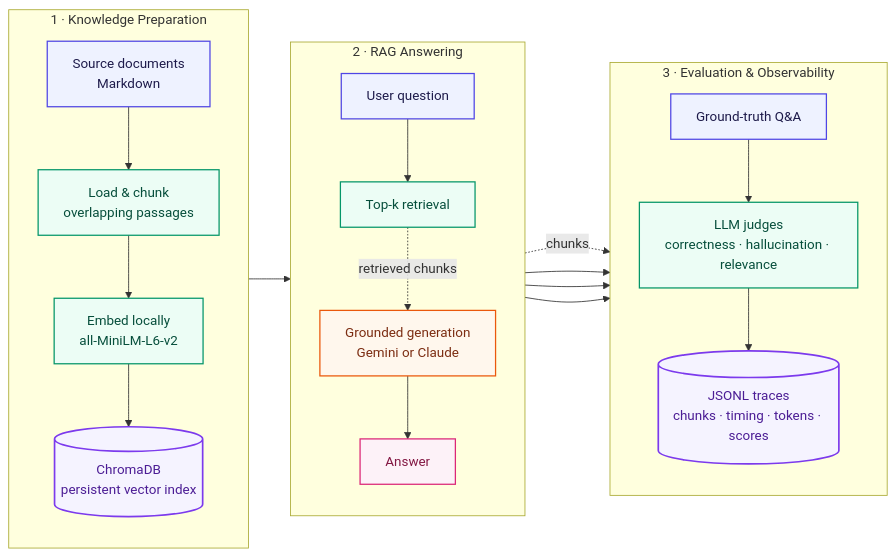
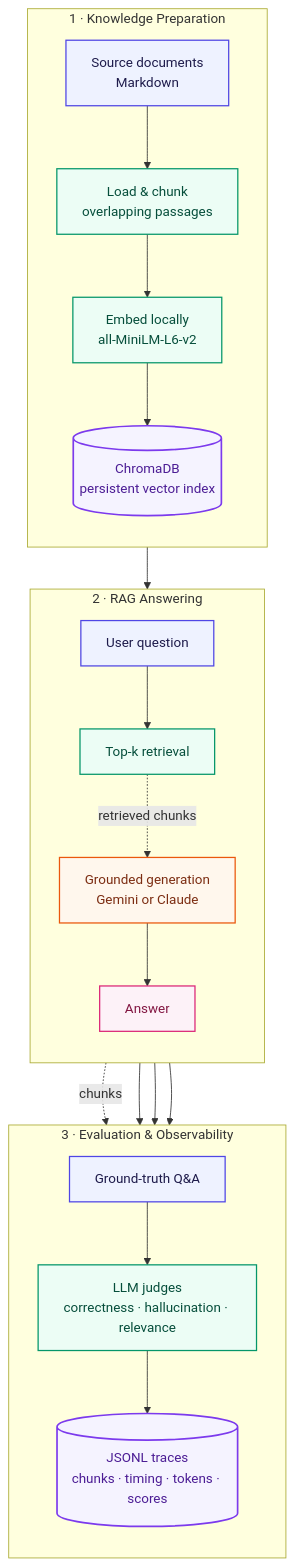
One commit to SigmaChen/rag-agent-eval changed the diagram in README.md. Above: the diagram before and after it, drawn with Mermaid.

Commit message:
docs: restore vertical architecture diagram

````diff
--- a/README.md
+++ b/README.md
@@ -17,51 +17,51 @@
 ```mermaid
-flowchart LR
+flowchart TD
     subgraph PREP["1 · Knowledge Preparation"]
         direction TB
         DOCS["Source documents<br/>Markdown"]
         CHUNK["Load & chunk<br/>overlapping passages"]
         EMBED["Embed locally<br/>all-MiniLM-L6-v2"]
         VDB[("ChromaDB<br/>persistent vector index")]
 
         DOCS --> CHUNK --> EMBED --> VDB
     end
 
     subgraph RAG["2 · RAG Answering"]
         direction TB
         QUESTION["User question"]
         RETRIEVE["Top-k retrieval"]
         GENERATE["Grounded generation<br/>Gemini or Claude"]
         ANSWER["Answer"]
 
         QUESTION --> RETRIEVE
         GENERATE --> ANSWER
     end
 
     subgraph QUALITY["3 · Evaluation & Observability"]
         direction TB
         GROUND_TRUTH["Ground-truth Q&A"]
         JUDGES["LLM judges<br/>correctness · hallucination · relevance"]
         TRACE[("JSONL traces<br/>chunks · timing · tokens · scores")]
 
         GROUND_TRUTH --> JUDGES --> TRACE
     end
 
     VDB --> RETRIEVE
     RETRIEVE -. "retrieved chunks" .-> GENERATE
     RETRIEVE -. "chunks" .-> JUDGES
     ANSWER --> JUDGES
     RETRIEVE --> TRACE
     ANSWER --> TRACE
 
     classDef source fill:#EEF2FF,stroke:#4F46E5,color:#1E1B4B,stroke-width:1.5px;
     classDef process fill:#ECFDF5,stroke:#059669,color:#064E3B,stroke-width:1.5px;
     classDef model fill:#FFF7ED,stroke:#EA580C,color:#7C2D12,stroke-width:1.5px;
     classDef store fill:#F5F3FF,stroke:#7C3AED,color:#4C1D95,stroke-width:2px;
     classDef output fill:#FDF2F8,stroke:#DB2777,color:#831843,stroke-width:1.5px;
 
     class DOCS,QUESTION,GROUND_TRUTH source;
     class CHUNK,EMBED,RETRIEVE,JUDGES process;
     class GENERATE model;
     class VDB,TRACE store;
     class ANSWER output;
 ```
````
